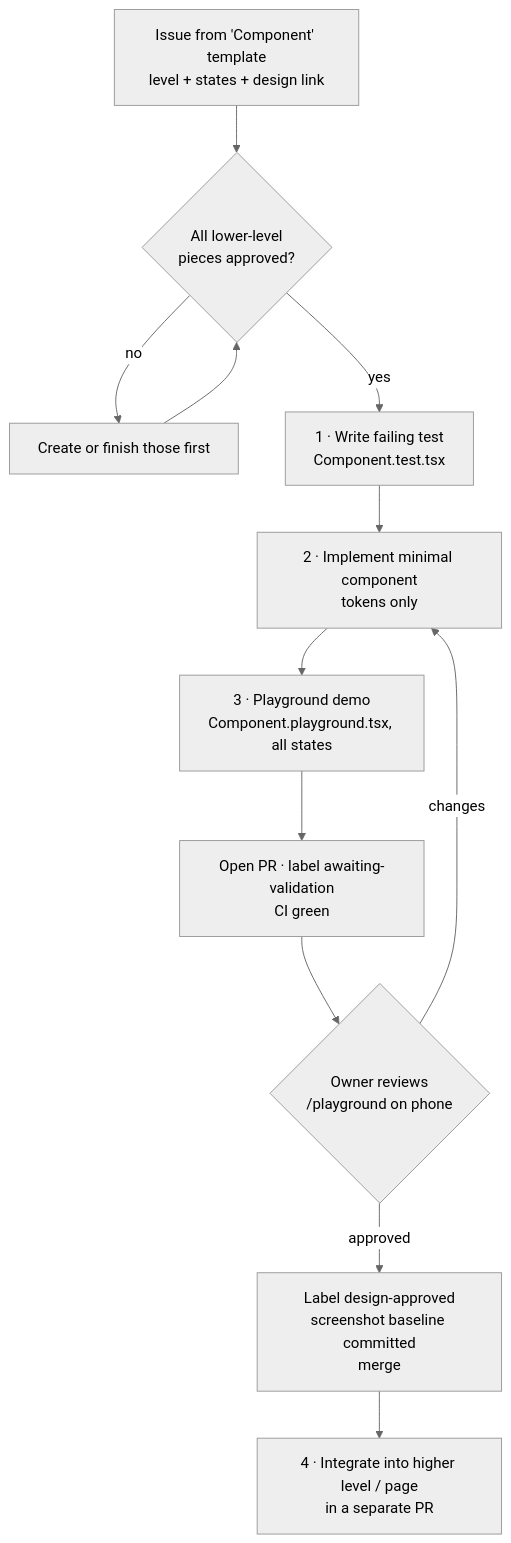
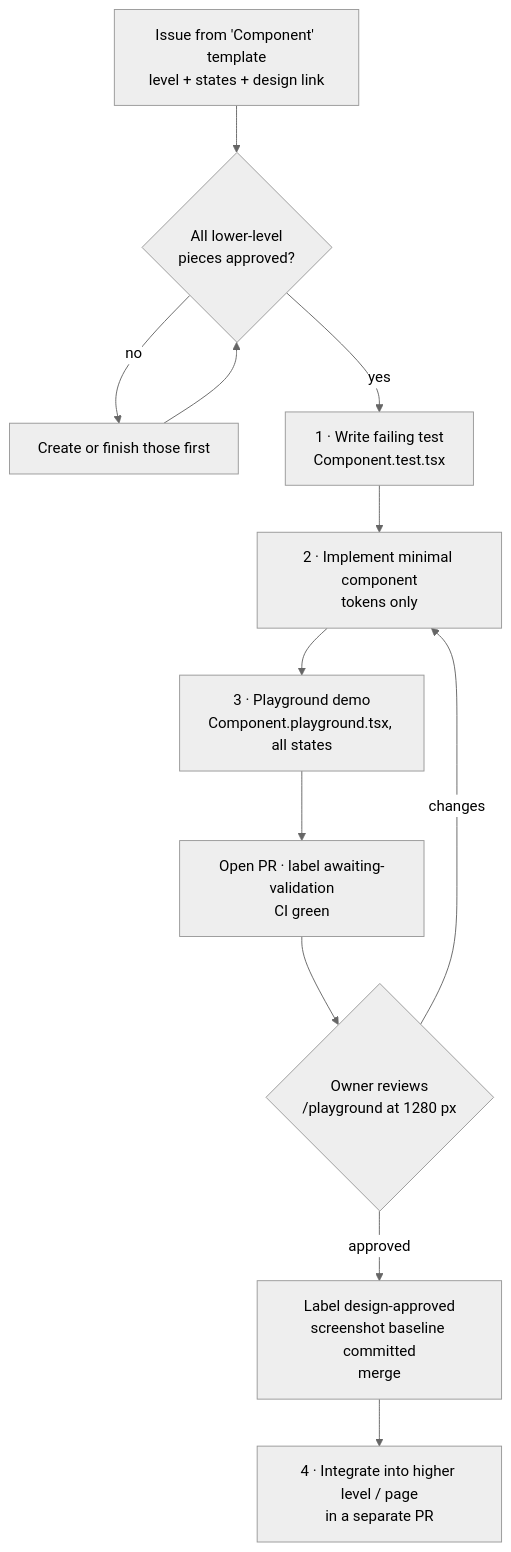
The diagram in docs/process/coding-policy.md (micheltsarasoa/nutrigo), drawn with Mermaid (neutral theme) before and after one commit. The commit also changed other lines of this file and 8 other files, not shown here.

````diff
--- a/docs/process/coding-policy.md
+++ b/docs/process/coding-policy.md
@@ -15,13 +15,13 @@
 ```mermaid
 flowchart TD
     A[Issue from 'Component' template<br/>level + states + design link] --> B{All lower-level<br/>pieces approved?}
     B -- no --> A2[Create or finish those first] --> B
     B -- yes --> C[1 · Write failing test<br/>Component.test.tsx]
     C --> D[2 · Implement minimal component<br/>tokens only]
     D --> E[3 · Playground demo<br/>Component.playground.tsx, all states]
     E --> F[Open PR · label awaiting-validation<br/>CI green]
-    F --> G{Owner reviews<br/>/playground on phone}
+    F --> G{Owner reviews<br/>/playground at 1280 px}
     G -- changes --> D
     G -- approved --> H[Label design-approved<br/>screenshot baseline committed<br/>merge]
     H --> I[4 · Integrate into higher level / page<br/>in a separate PR]
 ```
````
